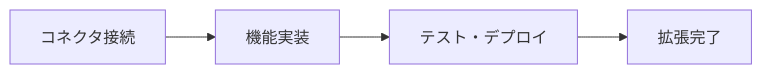
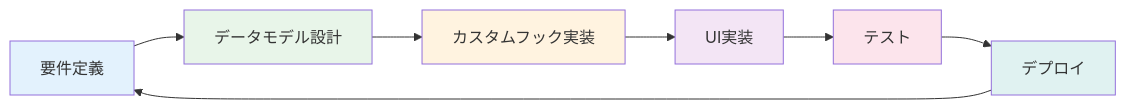
Before and after one commit to PLUG365/DecisionFlow: the third of 4 diagrams in PHASE5_DATA_INTEGRATION.md, drawn with Mermaid. The commit also changed other lines of this file and 1 other file, not shown here.

````diff
--- a/PHASE5_DATA_INTEGRATION.md
+++ b/PHASE5_DATA_INTEGRATION.md
@@ -62,6 +1551,16 @@
 ```mermaid
 graph LR
-    A[コネクタ接続] --> B[機能実装]
-    B --> C[テスト・デプロイ]
-    C --> D[拡張完了]
+    A[要件定義] --> B[データモデル設計]
+    B --> C[カスタムフック実装]
+    C --> D[UI実装]
+    D --> E[テスト]
+    E --> F[デプロイ]
+    F --> A
+    
+    style A fill:#e3f2fd
+    style B fill:#e8f5e9
+    style C fill:#fff3e0
+    style D fill:#f3e5f5
+    style E fill:#fce4ec
+    style F fill:#e0f2f1
 ```
````
